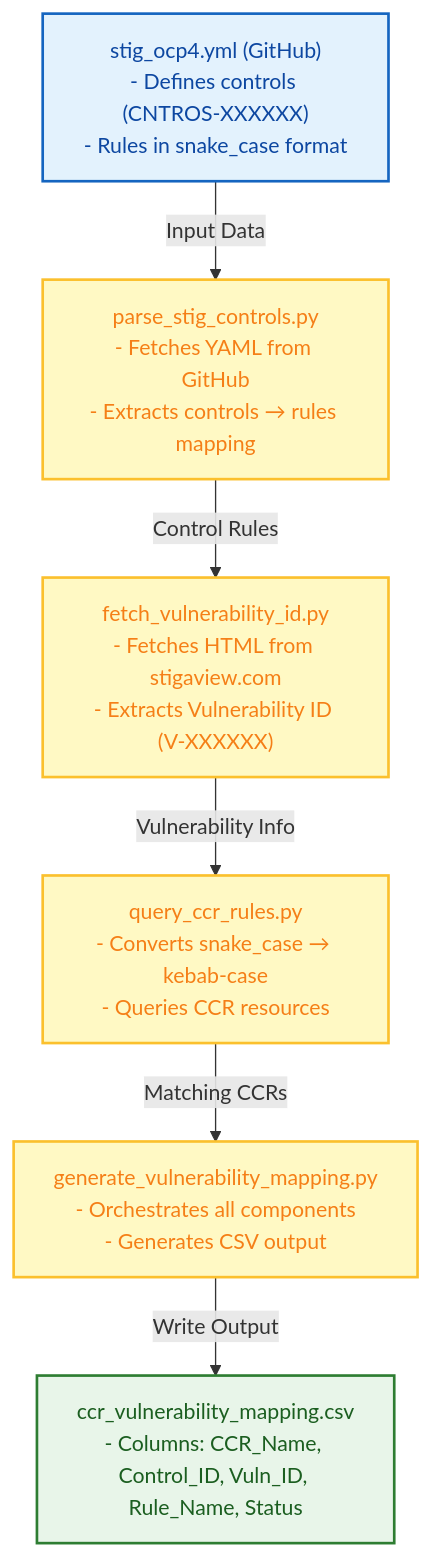
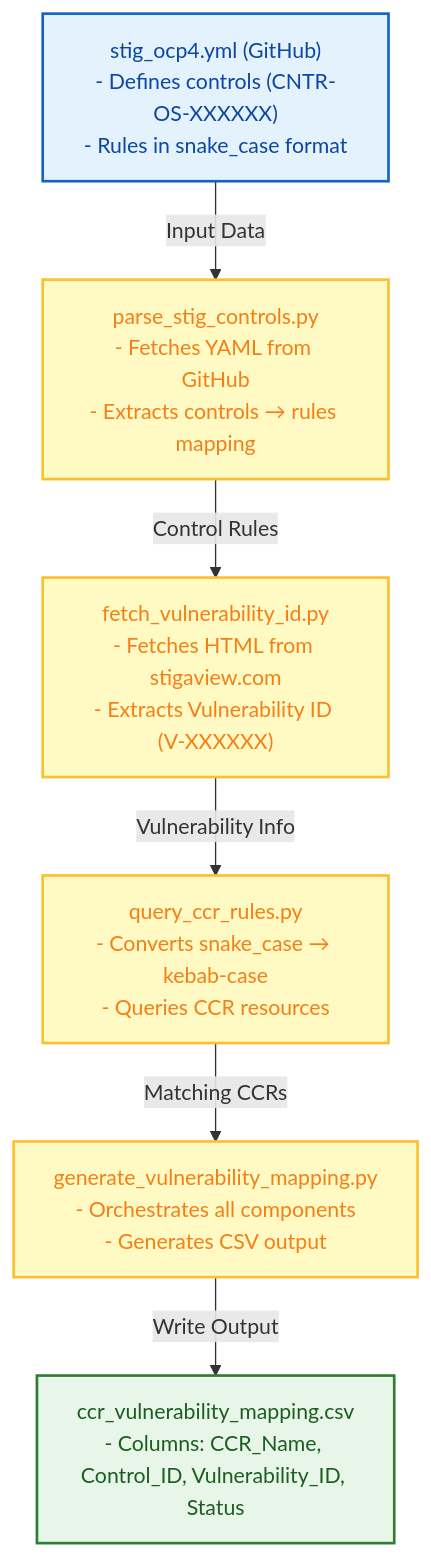
One commit to FlexibleToast/OCP-CCR-Mapping changed the diagram in README.md. Above: the diagram before and after it, drawn with Mermaid. The commit also changed other lines of this file and 5 other files, not shown here.

````diff
--- a/README.md
+++ b/README.md
@@ -30,29 +30,29 @@
 ```mermaid
 flowchart TD
     %% Nodes
-    A["stig_ocp4.yml (GitHub)<br/>- Defines controls (CNTROS-XXXXXX)<br/>- Rules in snake_case format"]
+    A["stig_ocp4.yml (GitHub)<br/>- Defines controls (CNTR-OS-XXXXXX)<br/>- Rules in snake_case format"]
     B["parse_stig_controls.py<br/>- Fetches YAML from GitHub<br/>- Extracts controls → rules mapping"]
     C["fetch_vulnerability_id.py<br/>- Fetches HTML from stigaview.com<br/>- Extracts Vulnerability ID (V-XXXXXX)"]
     D["query_ccr_rules.py<br/>- Converts snake_case → kebab-case<br/>- Queries CCR resources"]
     E["generate_vulnerability_mapping.py<br/>- Orchestrates all components<br/>- Generates CSV output"]
-    F["ccr_vulnerability_mapping.csv<br/>- Columns: CCR_Name, Control_ID, Vuln_ID, Rule_Name, Status"]
+    F["ccr_vulnerability_mapping.csv<br/>- Columns: CCR_Name, Control_ID, Vulnerability_ID, Status"]
 
     %% Connections
     A -->|Input Data| B
     B -->|Control Rules| C
     C -->|Vulnerability Info| D
     D -->|Matching CCRs| E
     E -->|Write Output| F
 
     %% Styling
     classDef configFile fill:#e3f2fd,stroke:#1565c0,stroke-width:2px,color:#0d47a1;
     classDef pythonScript fill:#fff9c4,stroke:#fbc02d,stroke-width:2px,color:#f57f17;
     classDef outputFile fill:#e8f5e9,stroke:#2e7d32,stroke-width:2px,color:#1b5e20;
 
     class A configFile
     class B pythonScript
     class C pythonScript
     class D pythonScript
     class E pythonScript
     class F outputFile
 ```
````
